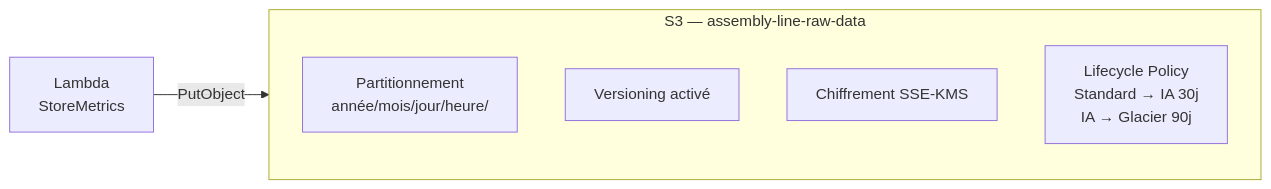
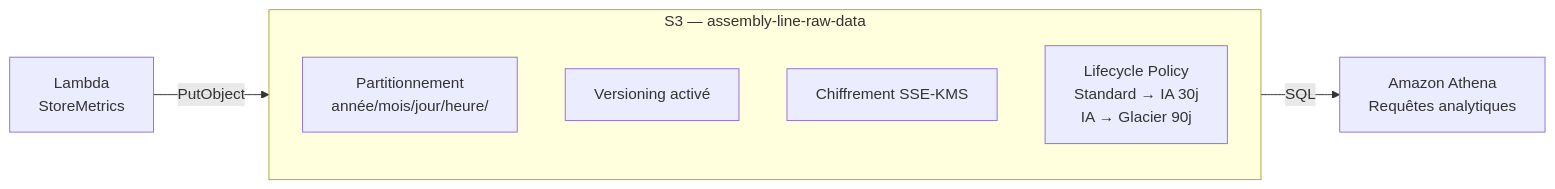
Diagram 11 of 23 in docs/architecture/components.md (lansanconde/smart-assembly-line), drawn with Mermaid before and after one commit. The commit also changed other lines of this file, not shown here.

````diff
--- a/docs/architecture/components.md
+++ b/docs/architecture/components.md
@@ -749,11 +754,13 @@
 ```mermaid
 flowchart LR
     LAMBDA[Lambda\nStoreMetrics] -->|PutObject| S3
 
     subgraph S3["S3 — assembly-line-raw-data"]
         PREFIX[Partitionnement\nannée/mois/jour/heure/]
         VERS[Versioning activé]
         KMS[Chiffrement SSE-KMS]
         LC[Lifecycle Policy\nStandard → IA 30j\nIA → Glacier 90j]
     end
+
+    S3 -->|SQL| ATHENA[Amazon Athena\nRequêtes analytiques]
 ```
````
